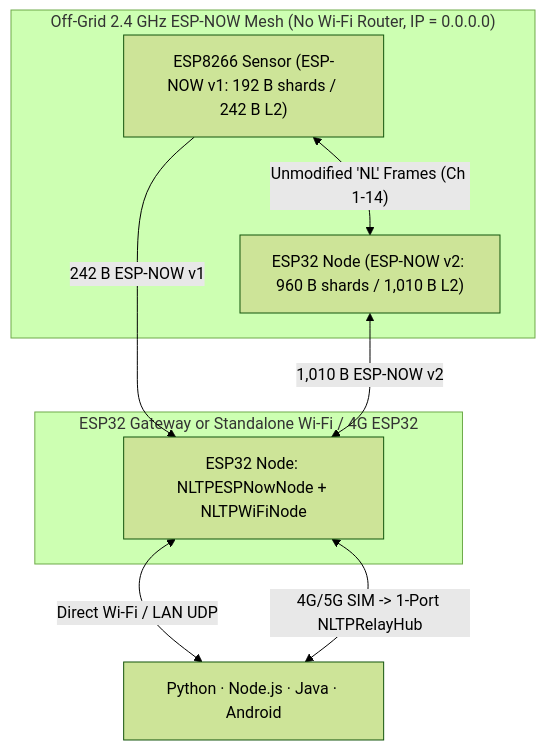
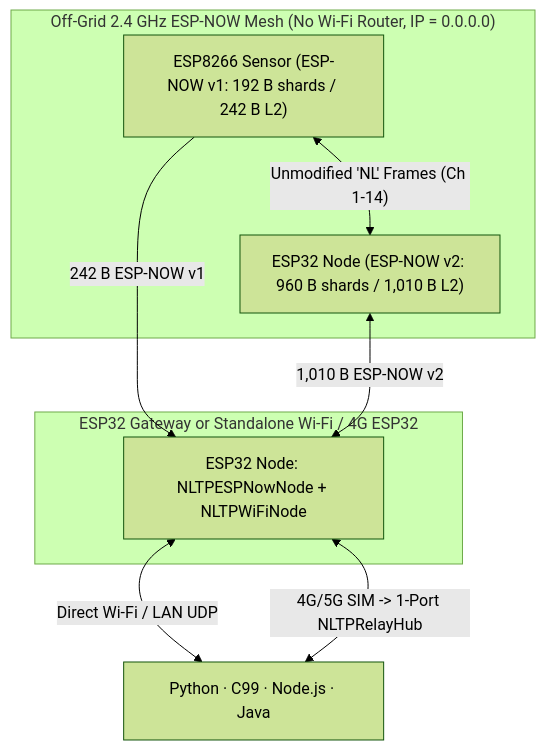
Before and after one commit to indian-aman/necklink: the second of 2 diagrams in packages/nltp/README.md, drawn with Mermaid (forest theme). The commit also changed other lines of this file and 11 other files, not shown here.

````diff
--- a/packages/nltp/README.md
+++ b/packages/nltp/README.md
@@ -112,18 +112,18 @@
 ```mermaid
 flowchart TB
     subgraph Mesh["Off-Grid 2.4 GHz ESP-NOW Mesh (No Wi-Fi Router, IP = 0.0.0.0)"]
         E8266["ESP8266 Sensor (ESP-NOW v1: 192 B shards / 242 B L2)"]
         E32A["ESP32 Node (ESP-NOW v2: 960 B shards / 1,010 B L2)"]
         E8266 <-->|"Unmodified 'NL' Frames (Ch 1-14)"| E32A
     end
 
     E8266 -->|"242 B ESP-NOW v1"| GW
     E32A <-->|"1,010 B ESP-NOW v2"| GW
 
     subgraph Bridge["ESP32 Gateway or Standalone Wi-Fi / 4G ESP32"]
         GW["ESP32 Node: NLTPESPNowNode + NLTPWiFiNode"]
     end
 
-    GW <-->|"Direct Wi-Fi / LAN UDP"| SRV["Python · Node.js · Java · Android"]
+    GW <-->|"Direct Wi-Fi / LAN UDP"| SRV["Python · C99 · Node.js · Java"]
     GW <-->|"4G/5G SIM -> 1-Port NLTPRelayHub"| SRV
 ```
````
